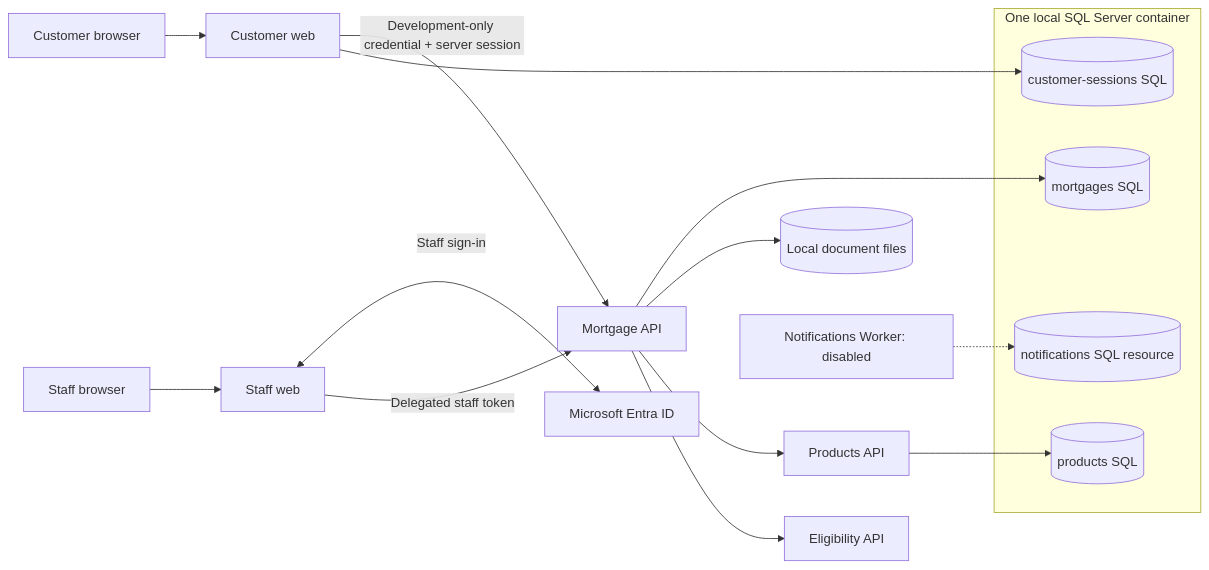
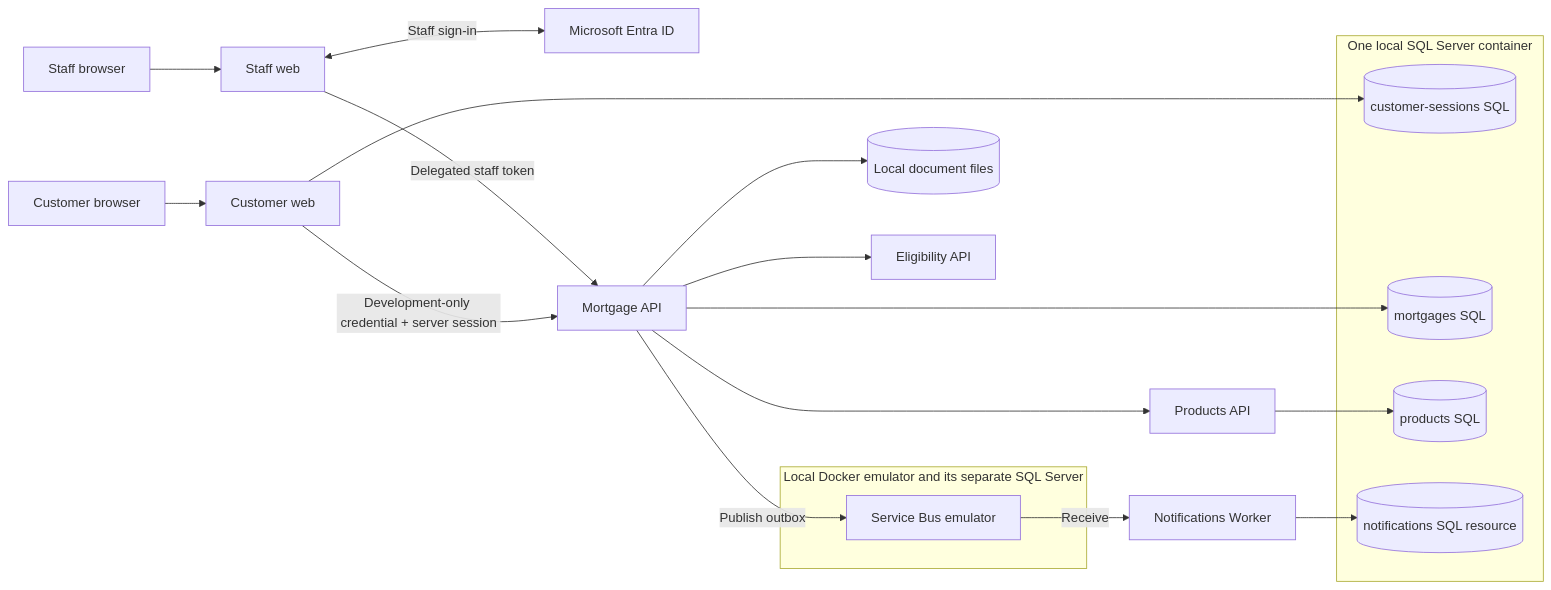
Before and after one commit to eyeballpaul/Mortgage-Processing-Application: the second of 4 diagrams in docs/architecture.md, drawn with Mermaid. The commit also changed other lines of this file and 13 other files, not shown here.

Commit message:
enable local service bus emulaiton and update docs

````diff
--- a/docs/architecture.md
+++ b/docs/architecture.md
@@ -55,21 +57,26 @@
 ```mermaid
 flowchart LR
     subgraph Docker["One local SQL Server container"]
         Sessions[(customer-sessions SQL)]
         Mortgage[(mortgages SQL)]
         ProductDb[(products SQL)]
         Notifications[(notifications SQL resource)]
+    end
+    subgraph Emulator["Local Docker emulator and its separate SQL Server"]
+        Bus[Service Bus emulator]
     end
     Browser[Customer browser] --> Customer[Customer web]
     StaffBrowser[Staff browser] --> Staff[Staff web]
     Staff <-->|Staff sign-in| Entra[Microsoft Entra ID]
     Customer -->|Development-only credential + server session| API[Mortgage API]
     Staff -->|Delegated staff token| API
     Customer --> Sessions
     API --> Mortgage
     API --> Documents[(Local document files)]
     API --> Products[Products API]
     API --> Eligibility[Eligibility API]
     Products --> ProductDb
-    Worker[Notifications Worker: disabled] -.-> Notifications
+    API -->|Publish outbox| Bus
+    Bus -->|Receive| Worker[Notifications Worker]
+    Worker --> Notifications
 ```
````
